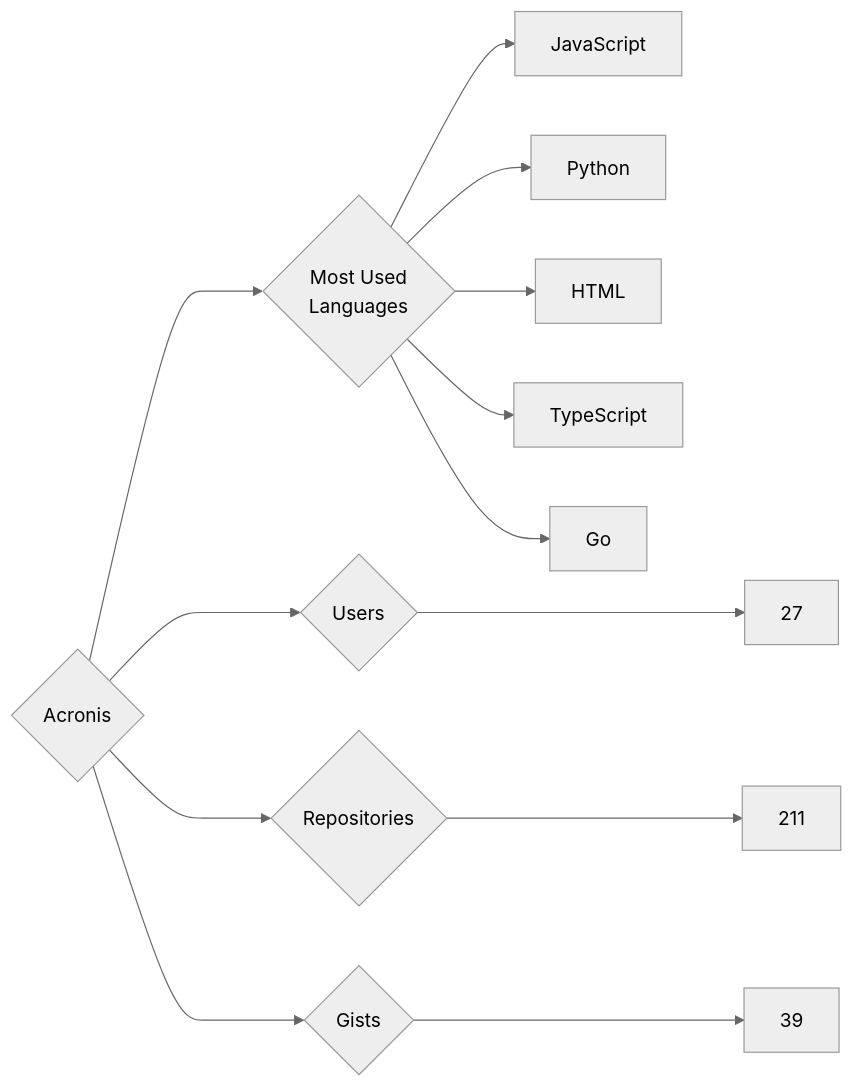
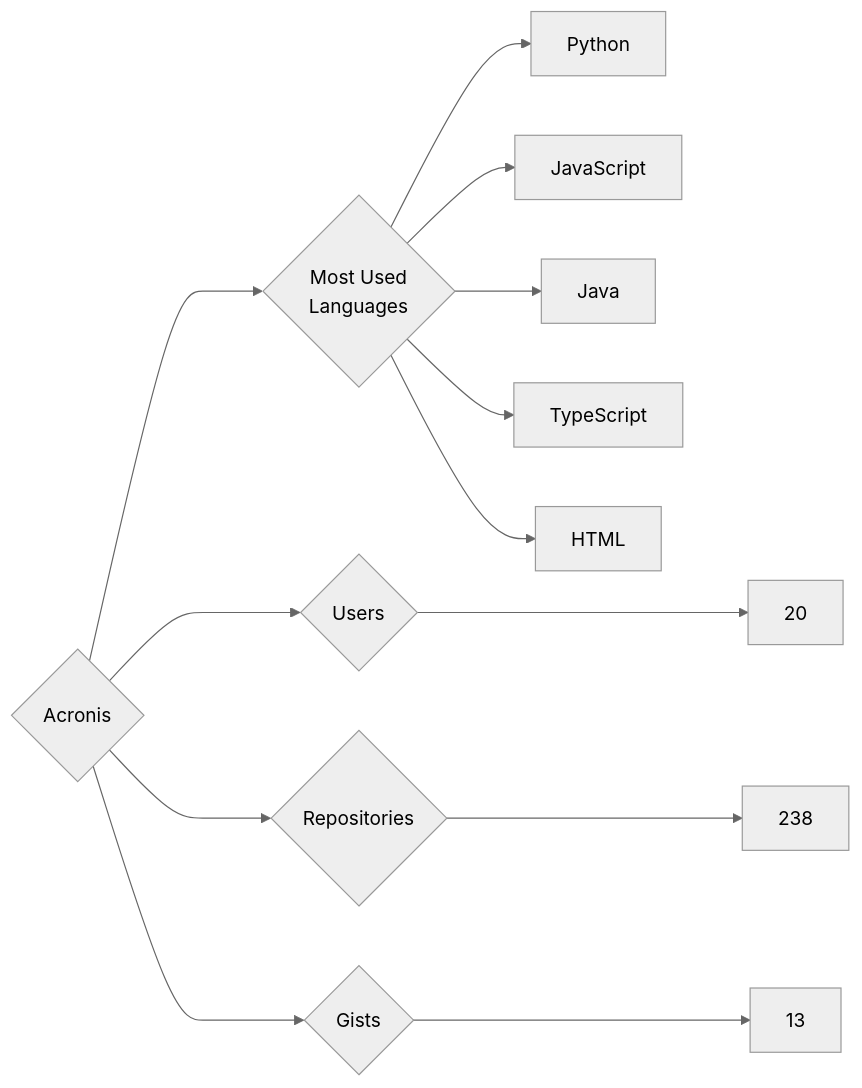
The diagram in targets/Acronis/README.md (trickest/insiders), drawn with Mermaid (neutral theme) before and after one commit. The commit also changed 681 other files, not shown here.

````diff
--- a/targets/Acronis/README.md
+++ b/targets/Acronis/README.md
@@ -3,13 +3,13 @@
 ```mermaid
 graph LR
 COMPANY_NAME{Acronis}
-COMPANY_NAME ---> U{Users} ---> UN[27]
-COMPANY_NAME ---> R{Repositories} ---> RN[211]
-COMPANY_NAME ---> G{Gists} ---> GN[39]
+COMPANY_NAME ---> U{Users} ---> UN[20]
+COMPANY_NAME ---> R{Repositories} ---> RN[238]
+COMPANY_NAME ---> G{Gists} ---> GN[13]
 COMPANY_NAME ---> ML{Most Used<br>Languages}
+ML --> Python[Python]
 ML --> JavaScript[JavaScript]
-ML --> Python[Python]
+ML --> Java[Java]
+ML --> TypeScript[TypeScript]
 ML --> HTML[HTML]
-ML --> TypeScript[TypeScript]
-ML --> Go[Go]
 ```
````
